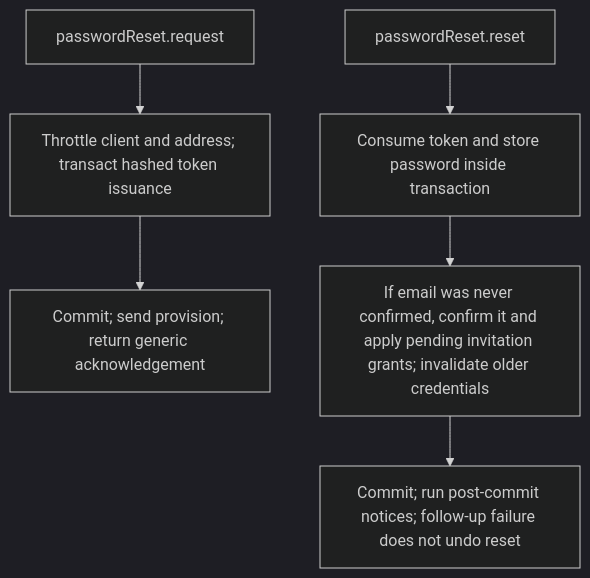
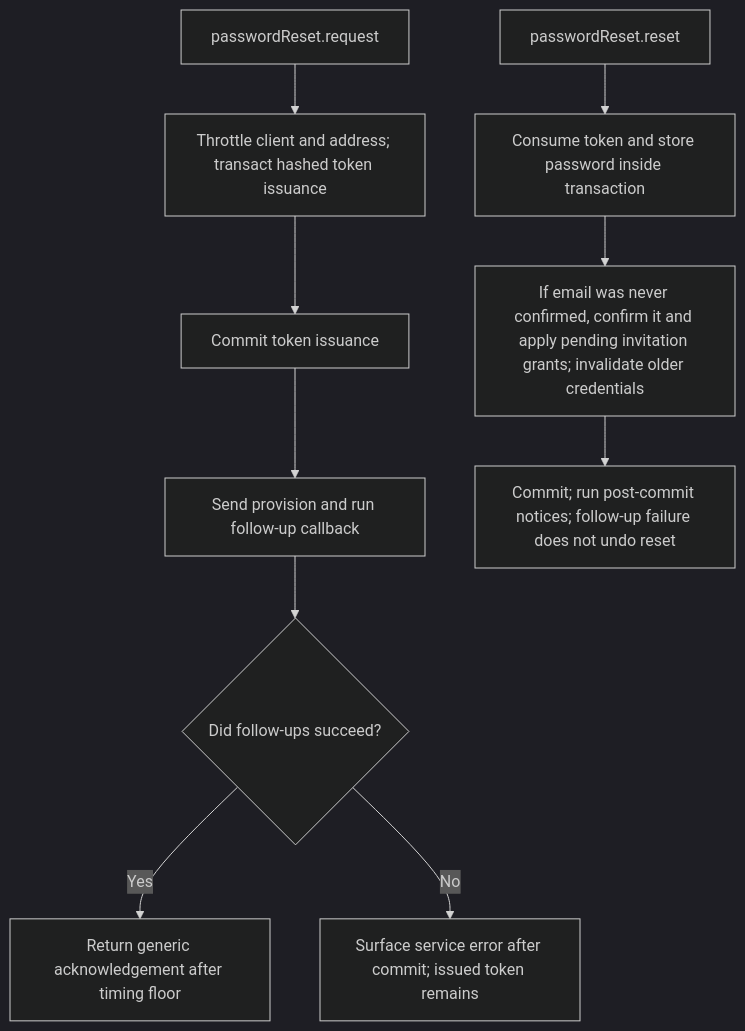
The second of 2 diagrams in user-stories/US-ACCOUNT-01-recover-password.md (Kevinjohn/oss-adonisjs-account-kit), drawn with Mermaid (dark theme) before and after one commit. The commit also changed other lines of this file and 15 other files, not shown here.

````diff
--- a/user-stories/US-ACCOUNT-01-recover-password.md
+++ b/user-stories/US-ACCOUNT-01-recover-password.md
@@ -35,8 +36,12 @@
 ```mermaid
 flowchart TD
- A["passwordReset.request"] --> B["Throttle client and address; transact hashed token issuance"]
- B --> C["Commit; send provision; return generic acknowledgement"]
+ REQ["passwordReset.request"] --> REQ_THROTTLE["Throttle client and address; transact hashed token issuance"]
+ REQ_THROTTLE --> REQ_COMMIT["Commit token issuance"]
+ REQ_COMMIT --> REQ_FOLLOW["Send provision and run follow-up callback"]
+ REQ_FOLLOW --> REQ_OK{"Did follow-ups succeed?"}
+ REQ_OK -->|Yes| REQ_ACK["Return generic acknowledgement after timing floor"]
+ REQ_OK -->|No| REQ_ERROR["Surface service error after commit; issued token remains"]
  D["passwordReset.reset"] --> E["Consume token and store password inside transaction"]
  E --> F["If email was never confirmed, confirm it and apply pending invitation grants; invalidate older credentials"]
  F --> G["Commit; run post-commit notices; follow-up failure does not undo reset"]
 ```
````
